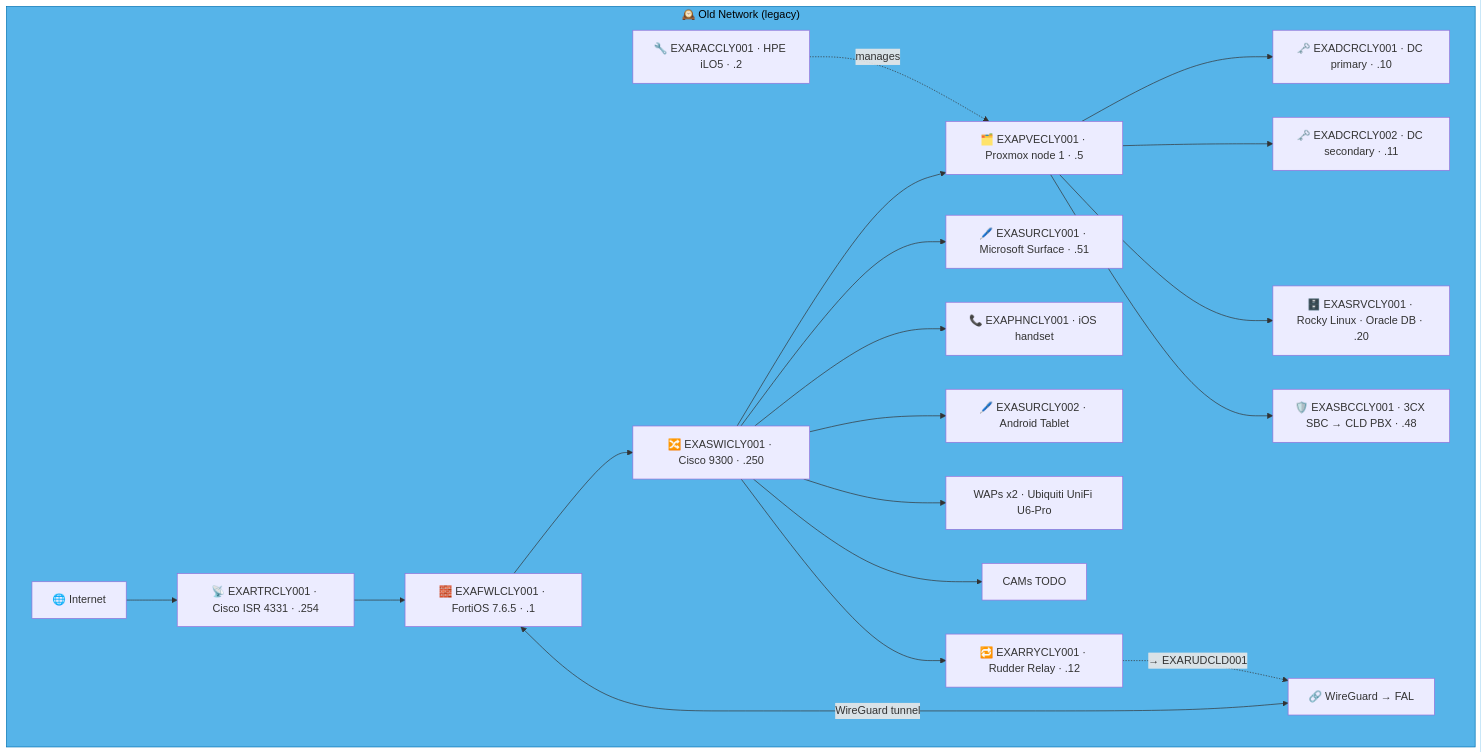
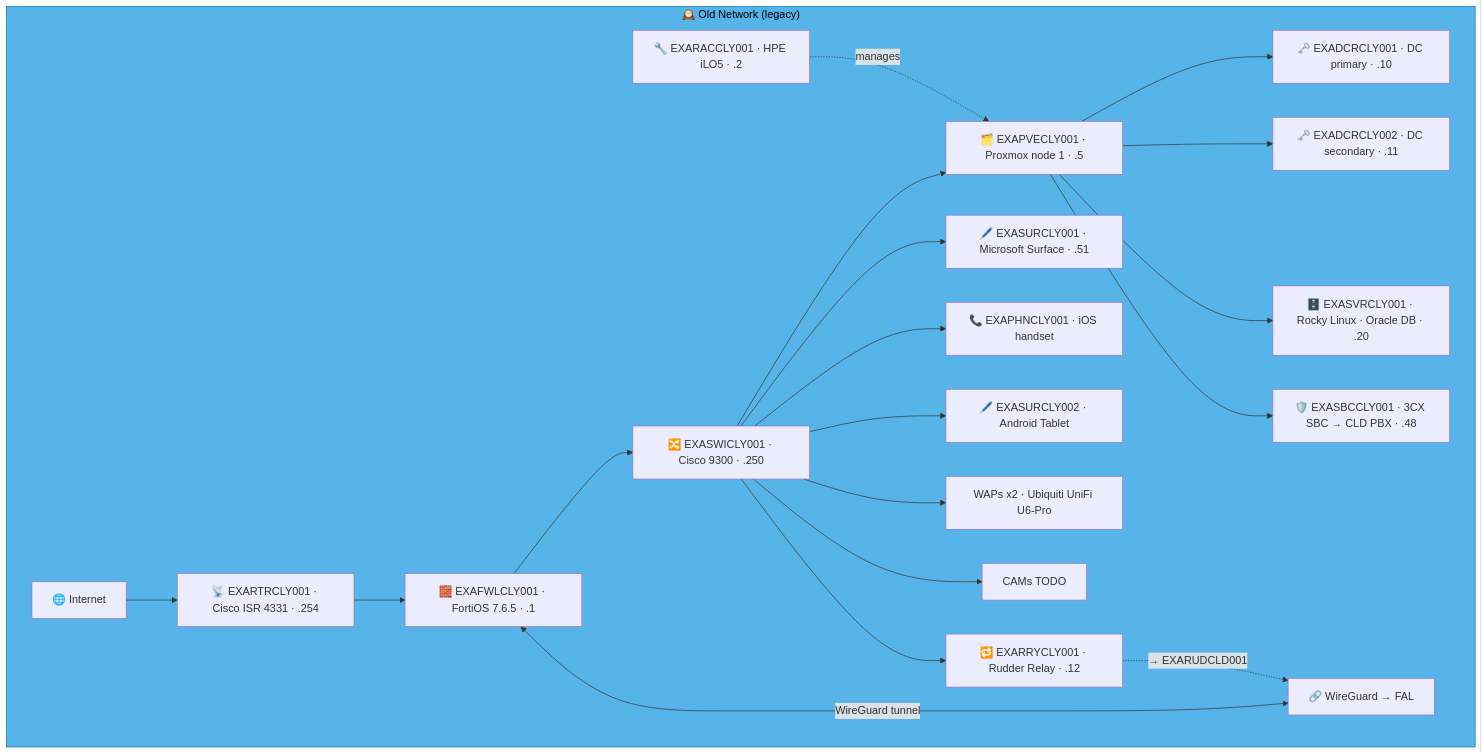
One commit to knightmare2600/example_music_infra changed diagram 11 of 21 in docs/network-diagram/scotland.md. Above: the diagram before and after it, drawn with Mermaid. The commit also changed other lines of this file and 44 other files, not shown here.

````diff
--- a/docs/network-diagram/scotland.md
+++ b/docs/network-diagram/scotland.md
@@ -684,32 +684,32 @@
 ```mermaid
 graph TD
     subgraph OLD_CLY ["🕰️ Old Network (legacy)"]
       INET["🌐 Internet"]
       FWL["🧱 EXAFWLCLY001 · FortiOS 7.6.5 · .1"]
       RTR["📡 EXARTRCLY001 · Cisco ISR 4331 · .254"]
       SW["🔀 EXASWICLY001 · Cisco 9300 · .250"]
       RAC["🔧 EXARACCLY001 · HPE iLO5 · .2"]
       PVE["🗂️ EXAPVECLY001 · Proxmox node 1 · .5"]
       DC1["🗝️ EXADCRCLY001 · DC primary · .10"]
       DC2["🗝️ EXADCRCLY002 · DC secondary · .11"]
-      SRV["🗄️ EXASRVCLY001 · Rocky Linux · Oracle DB · .20"]
+      SRV["🗄️ EXASVRCLY001 · Rocky Linux · Oracle DB · .20"]
       SBC["🛡️ EXASBCCLY001 · 3CX SBC → CLD PBX · .48"]
       RRY["🔁 EXARRYCLY001 · Rudder Relay · .12"]
       SUR["🖊️ EXASURCLY001 · Microsoft Surface · .51"]
       PHN["📞 EXAPHNCLY001 · iOS handset"]
       TAB["🖊️ EXASURCLY002 · Android Tablet"]
       WAP["WAPs x2 · Ubiquiti UniFi U6-Pro"]
       CAM["CAMs TODO"]
       VPN["🔗 WireGuard → FAL"]
 
       INET --> RTR --> FWL --> SW
       SW --> PVE --> DC1 & DC2 & SRV & SBC
       RAC -.->|"manages"| PVE
       SW --> SUR & PHN & TAB & WAP & CAM
       FWL <-->|"WireGuard tunnel"| VPN
 
       SW --> RRY
       RRY -. "→ EXARUDCLD001" .-> VPN
     end
     style OLD_CLY fill:#56B4E9,stroke:#0072B2,color:#000000
 ```
````
